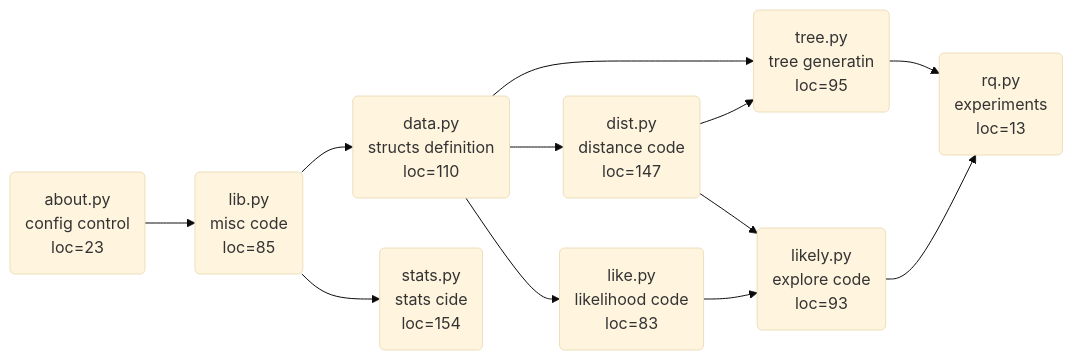
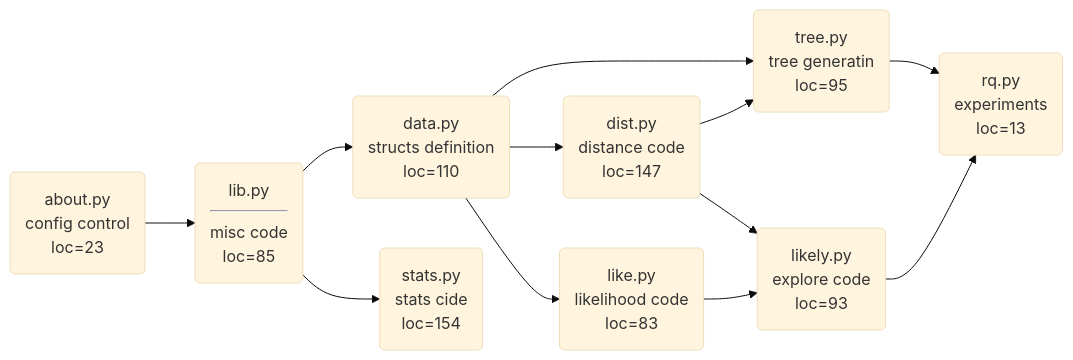
One commit to timm/ezr changed the diagram in ezr/README.md. Above: the diagram before and after it, drawn with Mermaid (base theme).

````diff
--- a/ezr/README.md
+++ b/ezr/README.md
@@ -3,23 +3,23 @@
 ```mermaid
 graph LR;
-lib(lib.py<br>misc code<br>loc=85);
+lib(lib.py<hr>misc code<br>loc=85);
 about(about.py<br>config control<br>loc=23);
 data(data.py<br>structs definition<br>loc=110)
 dist(dist.py<br>distance code<br>loc=147);
 like(like.py<br>likelihood code<br>loc=83);
 likely(likely.py<br>explore code<br>loc=93);
 rq(rq.py<br>experiments<br>loc=13);
 stats(stats.py<br>stats cide<br>loc=154);
 tree(tree.py<br>tree generatin<br>loc=95);
 lib --> data;
 data --> dist;
 about --> lib;
 data --> like;
 dist --> likely;
 like --> likely;
 lib --> stats;
 data --> tree;
 dist --> tree;
 tree --> rq;
 likely --> rq;
 ```
````
